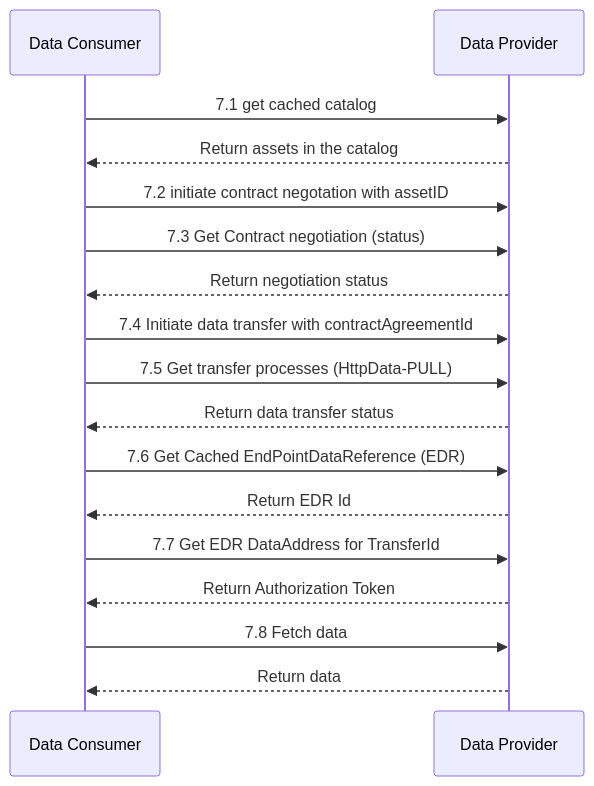
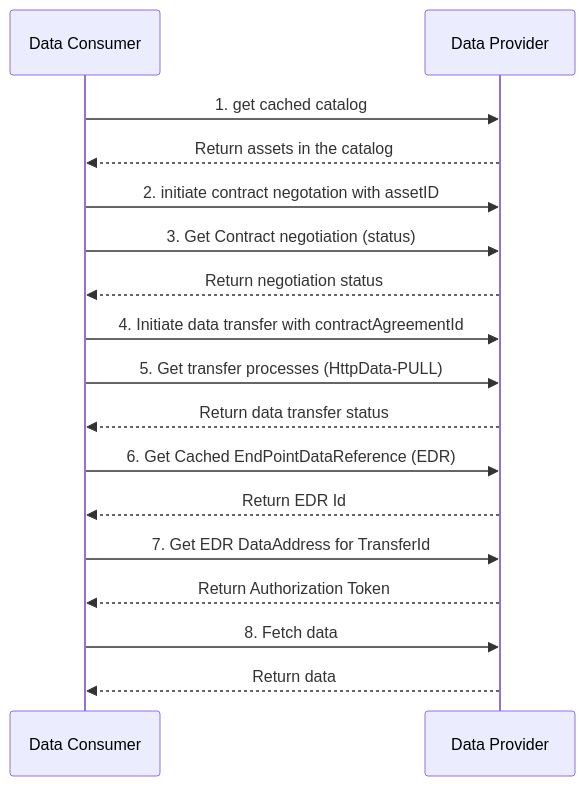
The diagram in README.md (eclipse-edc/MinimumViableDataspace), drawn with Mermaid before and after one commit.

Commit message:
add comments in the gradle file and add a mermaid diagram in the documentation

````diff
--- a/README.md
+++ b/README.md
@@ -496,20 +496,20 @@
 ```mermaid
 sequenceDiagram
 participant DC as Data Consumer
 participant DP as Data Provider
 
-    DC->>DP: 7.1 get cached catalog
+    DC->>DP: 1. get cached catalog
     DP-->>DC: Return assets in the catalog
-    DC->>DP: 7.2 initiate  contract negotation with assetID
-    DC->>DP: 7.3 Get Contract negotiation (status)
+    DC->>DP: 2. initiate  contract negotation with assetID
+    DC->>DP: 3. Get Contract negotiation (status)
     DP-->>DC: Return negotiation status
-    DC->>DP: 7.4 Initiate data transfer with contractAgreementId
-    DC->>DP: 7.5 Get transfer processes (HttpData-PULL)
+    DC->>DP: 4. Initiate data transfer with contractAgreementId
+    DC->>DP: 5. Get transfer processes (HttpData-PULL)
     DP-->>DC: Return data transfer status
-    DC->>DP: 7.6 Get Cached EndPointDataReference (EDR)
+    DC->>DP: 6. Get Cached EndPointDataReference (EDR)
     DP-->>DC: Return EDR Id
-    DC->>DP: 7.7 Get EDR DataAddress for TransferId
+    DC->>DP: 7. Get EDR DataAddress for TransferId
     DP-->>DC: Return Authorization Token
-    DC->>DP: 7.8 Fetch data
+    DC->>DP: 8. Fetch data
     DP-->>DC: Return data
 ```
````
